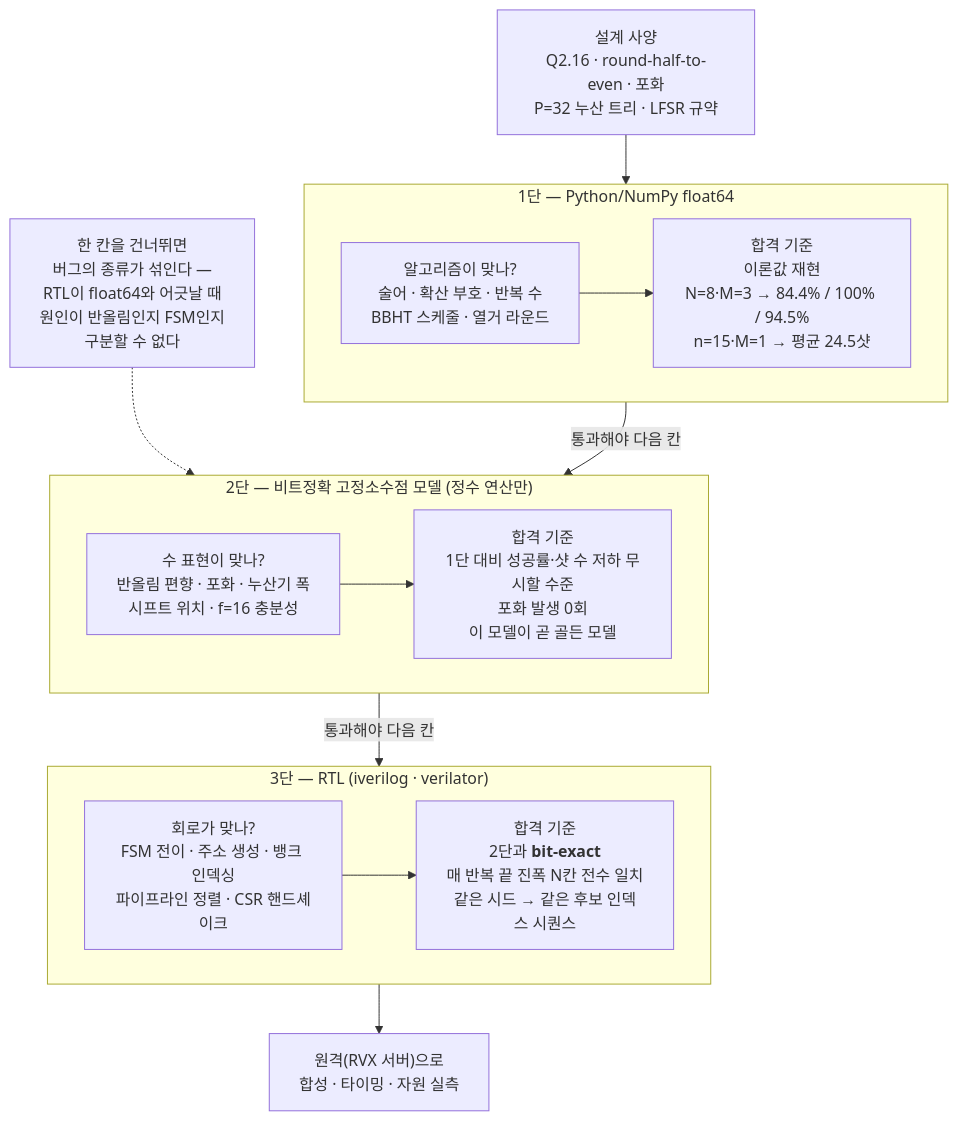
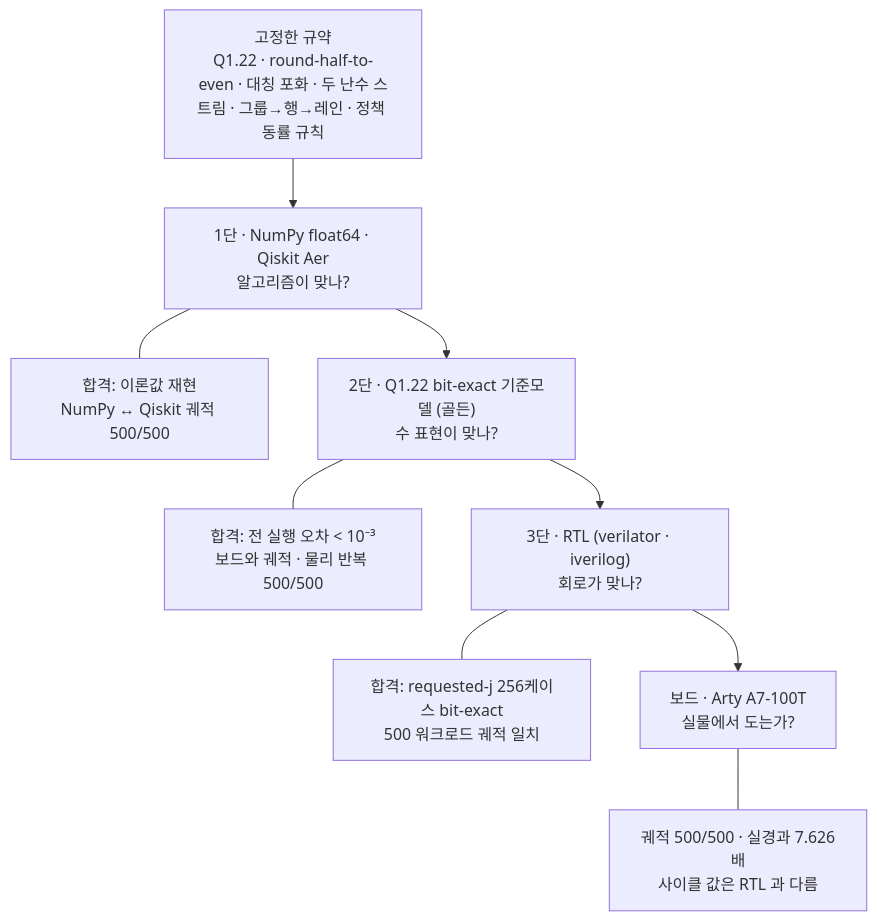
One commit to Git-Junsang/Quantum-Grover changed the diagram in documents/study_references/diagrams/src/18_golden_ladder.mmd. Above: the diagram before and after it, drawn with Mermaid. The commit also changed 49 other files, not shown here.

```diff
--- a/documents/study_references/diagrams/src/18_golden_ladder.mmd
+++ b/documents/study_references/diagrams/src/18_golden_ladder.mmd
@@ -1,31 +1,10 @@
 flowchart TD
-    SPEC["설계 사양<br/>Q2.16 · round-half-to-even · 포화<br/>P=32 누산 트리 · LFSR 규약"]
-
-    subgraph L1["1단 — Python/NumPy float64"]
-        direction LR
-        M1["알고리즘이 맞나?<br/>술어 · 확산 부호 · 반복 수<br/>BBHT 스케줄 · 열거 라운드"]
-        P1["합격 기준<br/>이론값 재현<br/>N=8·M=3 → 84.4% / 100% / 94.5%<br/>n=15·M=1 → 평균 24.5샷"]
-        M1 --> P1
-    end
-
-    subgraph L2["2단 — 비트정확 고정소수점 모델 (정수 연산만)"]
-        direction LR
-        M2["수 표현이 맞나?<br/>반올림 편향 · 포화 · 누산기 폭<br/>시프트 위치 · f=16 충분성"]
-        P2["합격 기준<br/>1단 대비 성공률·샷 수 저하 무시할 수준<br/>포화 발생 0회<br/>이 모델이 곧 골든 모델"]
-        M2 --> P2
-    end
-
-    subgraph L3["3단 — RTL (iverilog · verilator)"]
-        direction LR
-        M3["회로가 맞나?<br/>FSM 전이 · 주소 생성 · 뱅크 인덱싱<br/>파이프라인 정렬 · CSR 핸드셰이크"]
-        P3["합격 기준<br/>2단과 <b>bit-exact</b><br/>매 반복 끝 진폭 N칸 전수 일치<br/>같은 시드 → 같은 후보 인덱스 시퀀스"]
-        M3 --> P3
-    end
-
-    SPEC --> M1
-    P1 -->|"통과해야 다음 칸"| M2
-    P2 -->|"통과해야 다음 칸"| M3
-    P3 --> OUT["원격(RVX 서버)으로<br/>합성 · 타이밍 · 자원 실측"]
-
-    NOTE["한 칸을 건너뛰면<br/>버그의 종류가 섞인다 —<br/>RTL이 float64와 어긋날 때<br/>원인이 반올림인지 FSM인지<br/>구분할 수 없다"]
-    NOTE -.-> L2
+    SPEC["고정한 규약<br/>Q1.22 · round-half-to-even · 대칭 포화 · 두 난수 스트림 · 그룹→행→레인 · 정책 동률 규칙"]
+    L1["1단 · NumPy float64 · Qiskit Aer<br/>알고리즘이 맞나?"] --- P1["합격: 이론값 재현<br/>NumPy ↔ Qiskit 궤적 500/500"]
+    L2["2단 · Q1.22 bit-exact 기준모델 (골든)<br/>수 표현이 맞나?"] --- P2["합격: 전 실행 오차 < 10⁻³<br/>보드와 궤적 · 물리 반복 500/500"]
+    L3["3단 · RTL (verilator · iverilog)<br/>회로가 맞나?"] --- P3["합격: requested-j 256케이스 bit-exact<br/>500 워크로드 궤적 일치"]
+    BD["보드 · Arty A7-100T<br/>실물에서 도는가?"] --- P4["궤적 500/500 · 실경과 7.626배<br/>사이클 값은 RTL 과 다름"]
+    SPEC --> L1
+    L1 --> L2
+    L2 --> L3
+    L3 --> BD
```
